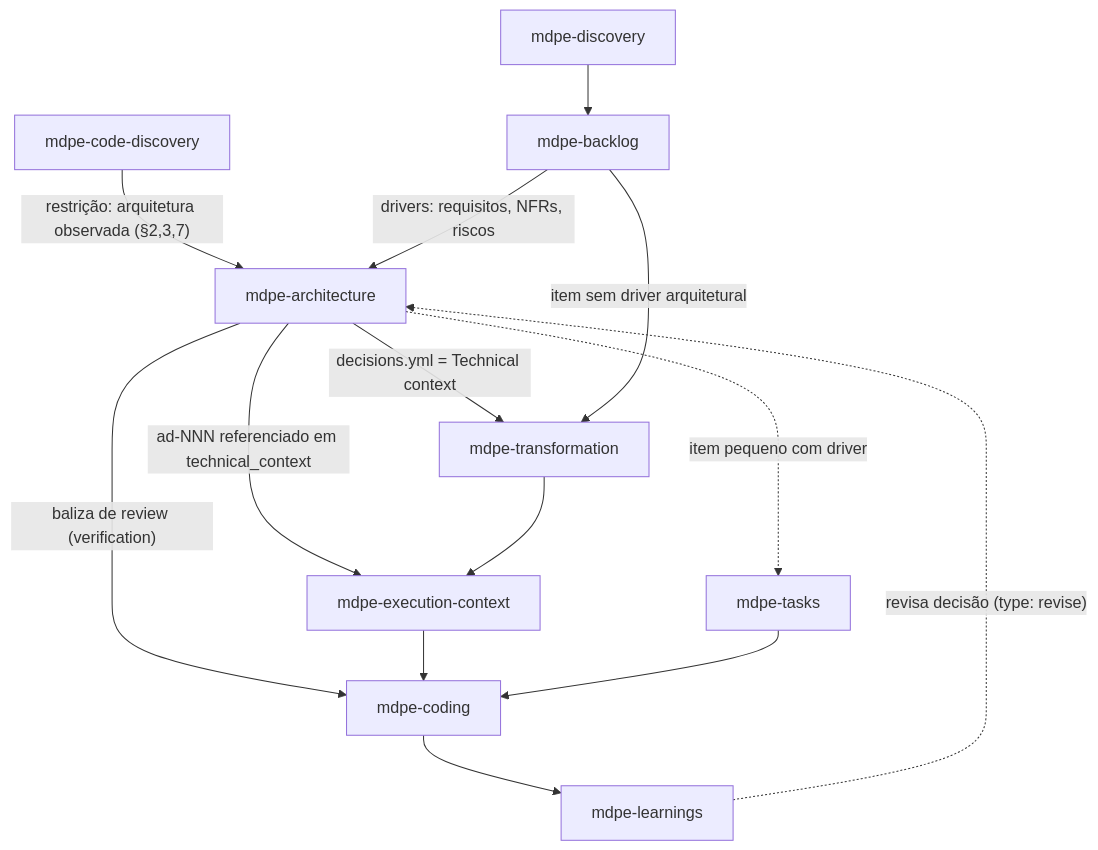
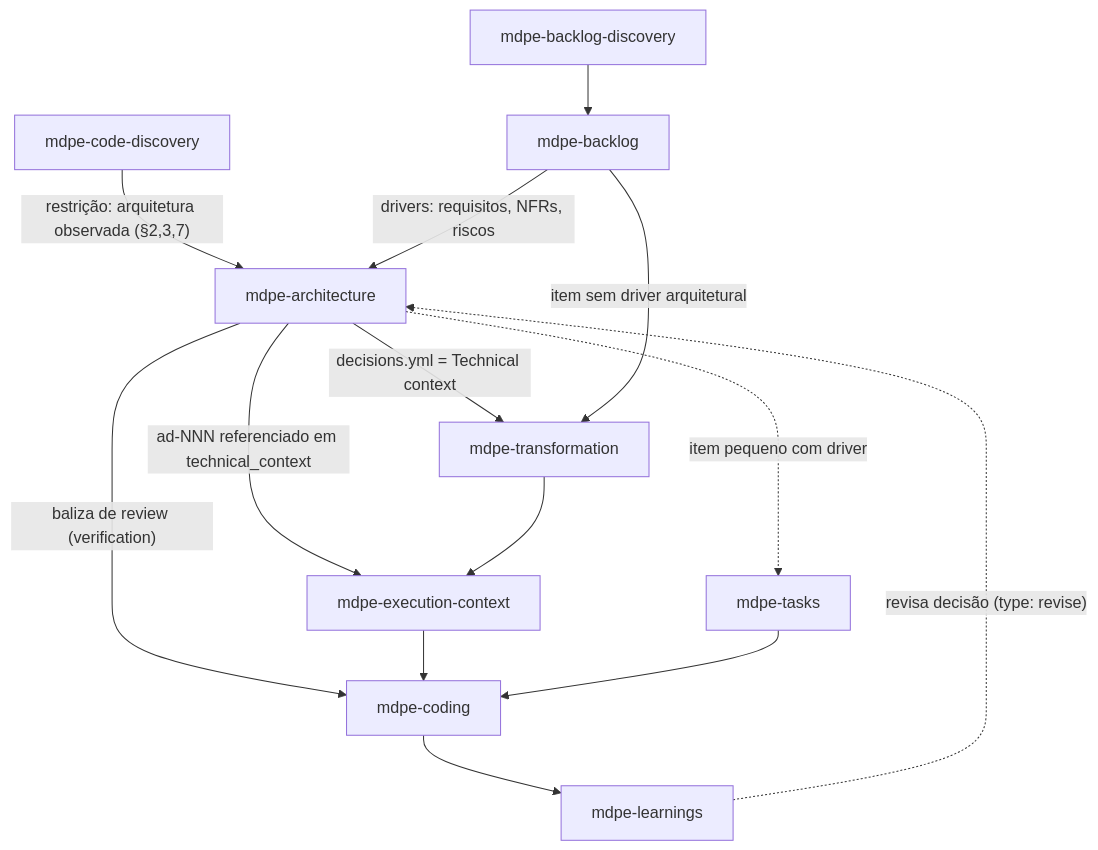
One commit to kallebelins/mdpe-skills changed the diagram in docs/adr/adr-002-architecture-skill.md. Above: the diagram before and after it, drawn with Mermaid. The commit also changed 29 other files, not shown here.

First line of the commit message:
feat(mdpe-skills): reorganize discovery skills and expand design-led entry points

````diff
--- a/docs/adr/adr-002-architecture-skill.md
+++ b/docs/adr/adr-002-architecture-skill.md
@@ -63,14 +63,14 @@
 ```mermaid
 graph TD
-    D[mdpe-discovery] --> B[mdpe-backlog]
+    D[mdpe-backlog-discovery] --> B[mdpe-backlog]
     CD[mdpe-code-discovery] -->|"restrição: arquitetura observada (§2,3,7)"| A
     B -->|"drivers: requisitos, NFRs, riscos"| A[mdpe-architecture]
     A -->|"decisions.yml = Technical context"| T[mdpe-transformation]
     A -->|"ad-NNN referenciado em technical_context"| EC[mdpe-execution-context]
     A -->|"baliza de review (verification)"| C[mdpe-coding]
     A -.->|"item pequeno com driver"| MT[mdpe-tasks]
     B -->|"item sem driver arquitetural"| T
     T --> EC --> C --> L[mdpe-learnings]
     MT --> C
     L -.->|"revisa decisão (type: revise)"| A
 ```
````
